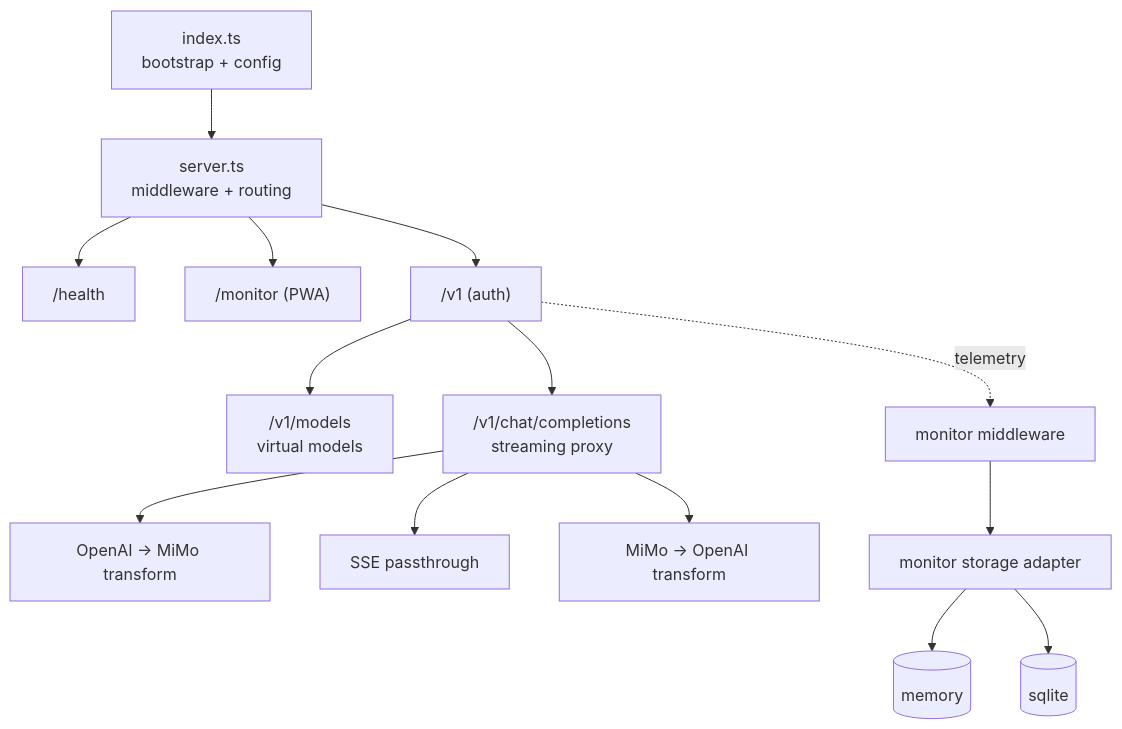
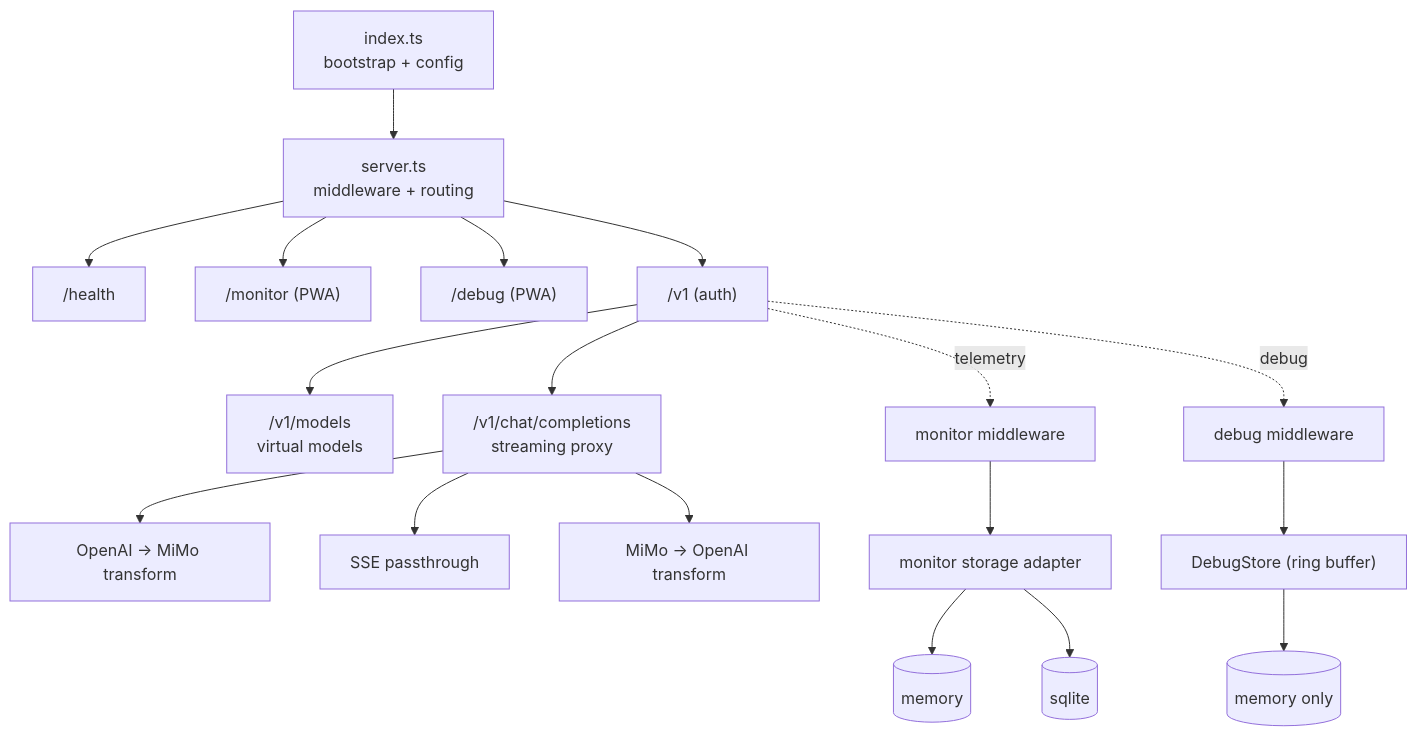
One commit to human07d0/Chimera changed the diagram in ARCHITECTURE.md. Above: the diagram before and after it, drawn with Mermaid. The commit also changed other lines of this file and 15 other files, not shown here.

Commit message:
feat(debug): add LLM API debugger with in-memory ring buffer and web UI

````diff
--- a/ARCHITECTURE.md
+++ b/ARCHITECTURE.md
@@ -16,20 +16,25 @@
 ```mermaid
 flowchart TD
     IDX["index.ts<br/>bootstrap + config"] --> SRV["server.ts<br/>middleware + routing"]
 
     SRV --> HEALTH["/health"]
     SRV --> MON["/monitor (PWA)"]
+    SRV --> DBG["/debug (PWA)"]
     SRV --> API["/v1 (auth)"]
 
     API --> MODELS["/v1/models<br/>virtual models"]
     API --> CHAT["/v1/chat/completions<br/>streaming proxy"]
 
     CHAT --> REQ["OpenAI -> MiMo transform"]
     CHAT --> STRM["SSE passthrough"]
     CHAT --> RESP["MiMo -> OpenAI transform"]
 
     API -. telemetry .-> MM["monitor middleware"]
     MM --> STORE["monitor storage adapter"]
     STORE --> MEM[("memory")]
     STORE --> SQL[("sqlite")]
+
+    API -. debug .-> DM["debug middleware"]
+    DM --> DSTORE["DebugStore (ring buffer)"]
+    DSTORE --> DMEM[("memory only")]
 ```
````
